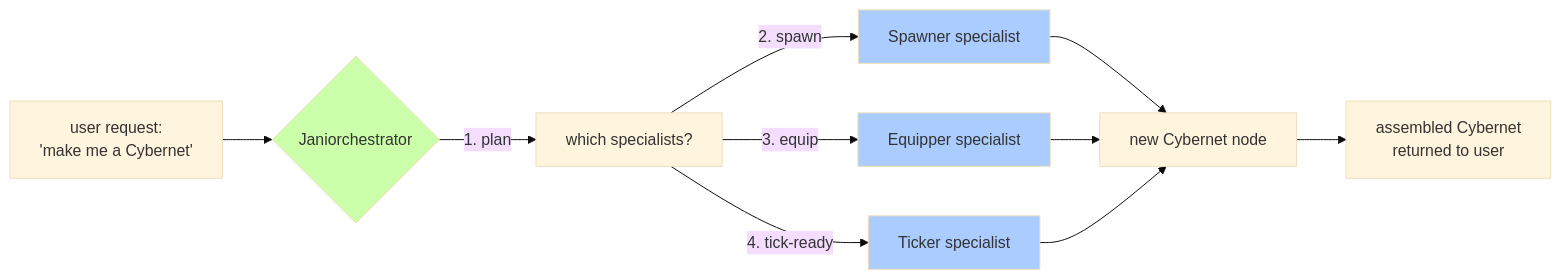
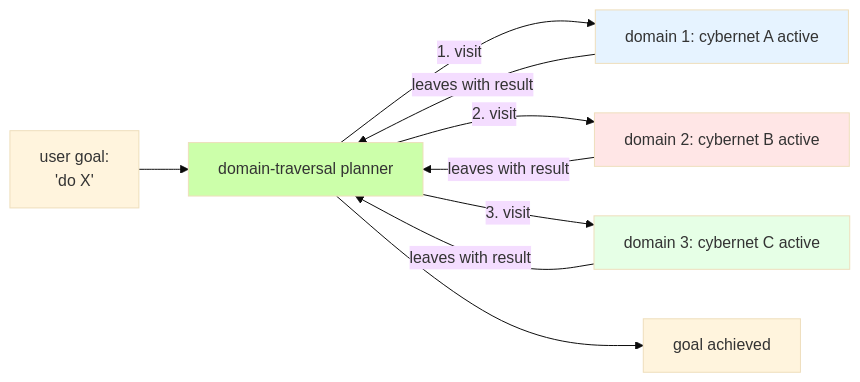
Before and after one commit to sancovp/cyberneticircus: the diagram in .agent/rules/metamorphosis-roadmap.md, drawn with Mermaid (base theme). The commit also changed other lines of this file, not shown here.

````diff
--- a/.agent/rules/metamorphosis-roadmap.md
+++ b/.agent/rules/metamorphosis-roadmap.md
@@ -41,17 +35,16 @@
 ```mermaid
 graph LR
-    User[user request:<br/>'make me a Cybernet'] --> Jani
-    Jani{Janiorchestrator} -->|1. plan| Plan[which specialists?]
-    Plan -->|2. spawn| Spawner[Spawner specialist]
-    Plan -->|3. equip| Equipper[Equipper specialist]
-    Plan -->|4. tick-ready| Ticker[Ticker specialist]
-    Spawner --> NewC[new Cybernet node]
-    Equipper --> NewC
-    Ticker --> NewC
-    NewC --> Done[assembled Cybernet<br/>returned to user]
+    User[user goal:<br/>'do X'] --> Planner[domain-traversal planner]
+    Planner -->|1. visit| D1[domain 1: cybernet A active]
+    Planner -->|2. visit| D2[domain 2: cybernet B active]
+    Planner -->|3. visit| D3[domain 3: cybernet C active]
+    D1 -->|leaves with result| Planner
+    D2 -->|leaves with result| Planner
+    D3 -->|leaves with result| Planner
+    Planner --> Done[goal achieved]
 
-    style Jani fill:#cfa
-    style Spawner fill:#acf
-    style Equipper fill:#acf
-    style Ticker fill:#acf
+    style Planner fill:#cfa
+    style D1 fill:#e6f3ff
+    style D2 fill:#ffe6e6
+    style D3 fill:#e6ffe6
 ```
````
